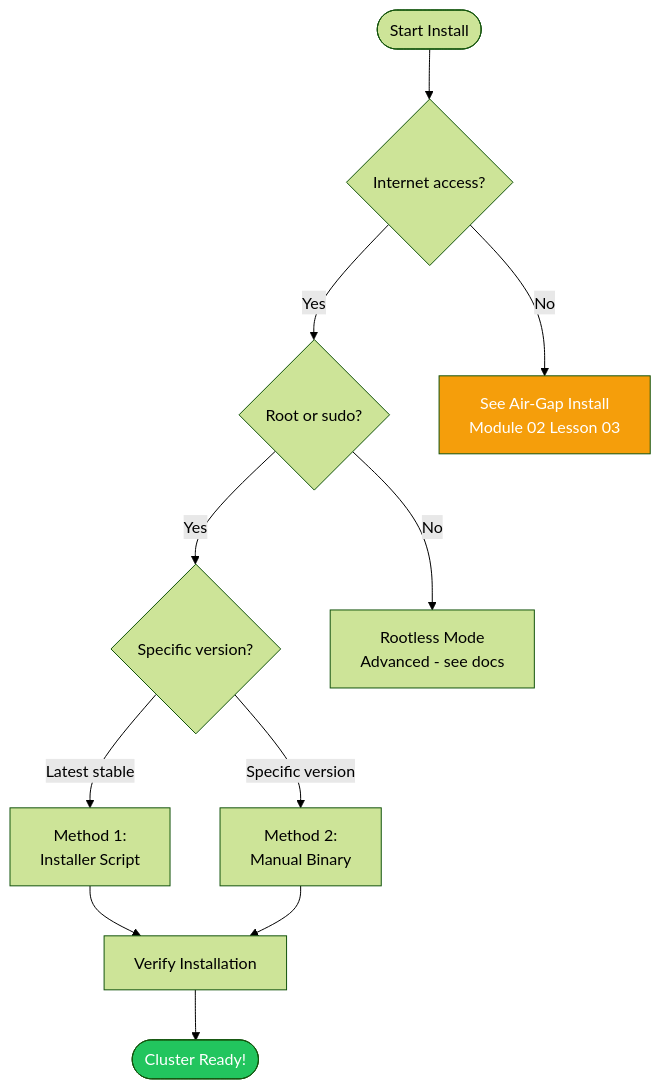
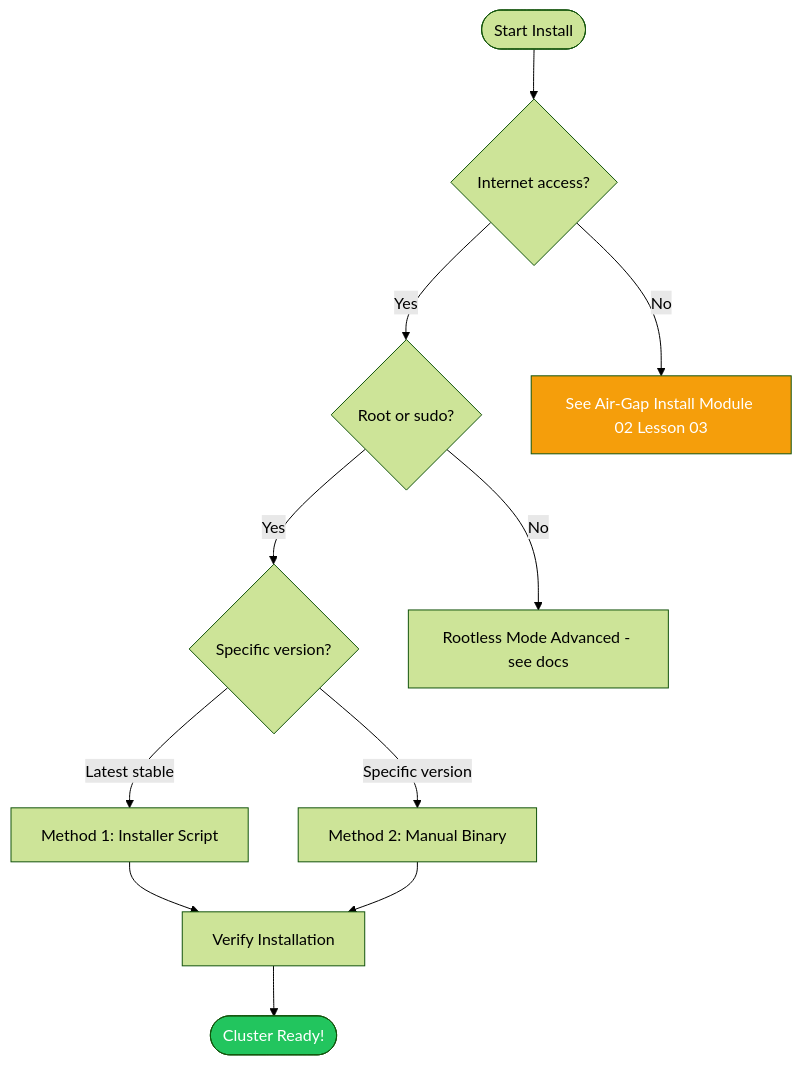
One commit to UncleJS/course_k3s changed the first of 2 diagrams in 02_installation/01_single_node_quickstart.md. Above: the diagram before and after it, drawn with Mermaid (forest theme). The commit also changed other lines of this file and 57 other files, not shown here.

````diff
--- a/02_installation/01_single_node_quickstart.md
+++ b/02_installation/01_single_node_quickstart.md
@@ -48,19 +48,19 @@
 ```mermaid
 flowchart TD
     A([Start Install]) --> B{Internet access?}
     B -->|Yes| C{Root or sudo?}
-    B -->|No| AIRGAP[See Air-Gap Install\nModule 02 Lesson 03]
+    B -->|No| AIRGAP[See Air-Gap Install Module 02 Lesson 03]
 
     C -->|Yes| D{Specific version?}
-    C -->|No| ROOTLESS[Rootless Mode\nAdvanced - see docs]
+    C -->|No| ROOTLESS[Rootless Mode Advanced - see docs]
 
-    D -->|Latest stable| SCRIPT[Method 1:\nInstaller Script]
-    D -->|Specific version| MANUAL[Method 2:\nManual Binary]
+    D -->|Latest stable| SCRIPT[Method 1: Installer Script]
+    D -->|Specific version| MANUAL[Method 2: Manual Binary]
 
     SCRIPT --> VERIFY[Verify Installation]
     MANUAL --> VERIFY
     VERIFY --> DONE([Cluster Ready!])
 
     style DONE fill:#22c55e,color:#fff
     style AIRGAP fill:#f59e0b,color:#fff
 ```
````
